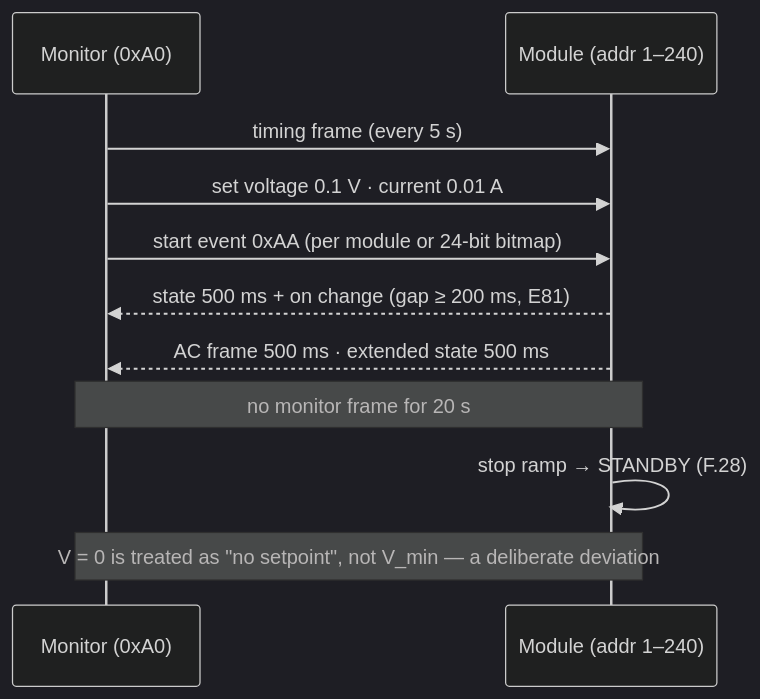
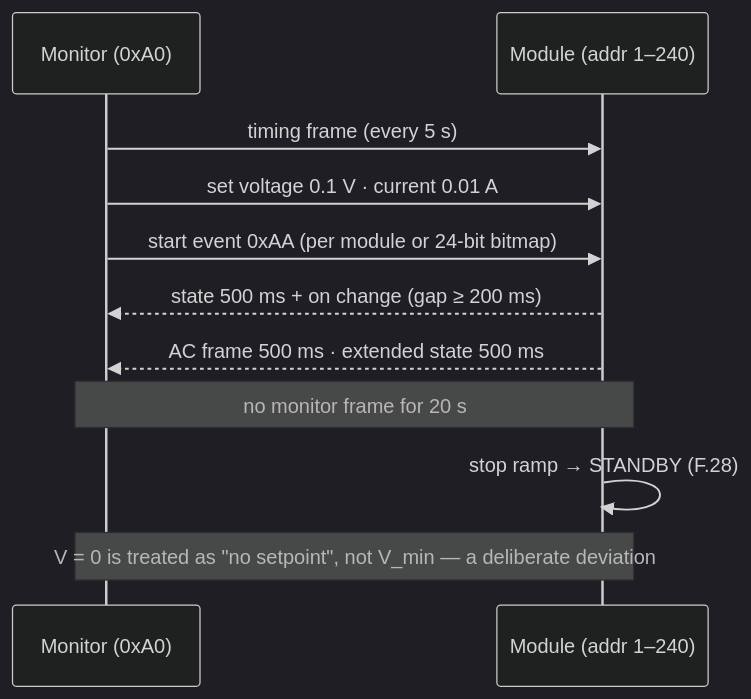
One commit to vectivolt/DC-Modules changed the diagram in docs/can-profile-tonhe-v12.md. Above: the diagram before and after it, drawn with Mermaid (dark theme). The commit also changed other lines of this file and 802 other files, not shown here.

````diff
--- a/docs/can-profile-tonhe-v12.md
+++ b/docs/can-profile-tonhe-v12.md
@@ -51,13 +49,13 @@
 ```mermaid
 sequenceDiagram
   participant M as Monitor (0xA0)
   participant D as Module (addr 1–240)
   M->>D: timing frame (every 5 s)
   M->>D: set voltage 0.1 V · current 0.01 A
   M->>D: start event 0xAA (per module or 24-bit bitmap)
-  D-->>M: state 500 ms + on change (gap ≥ 200 ms, E81)
+  D-->>M: state 500 ms + on change (gap ≥ 200 ms)
   D-->>M: AC frame 500 ms · extended state 500 ms
   Note over M,D: no monitor frame for 20 s
   D->>D: stop ramp → STANDBY (F.28)
   Note over M,D: V = 0 is treated as "no setpoint", not V_min — a deliberate deviation
 ```
````
